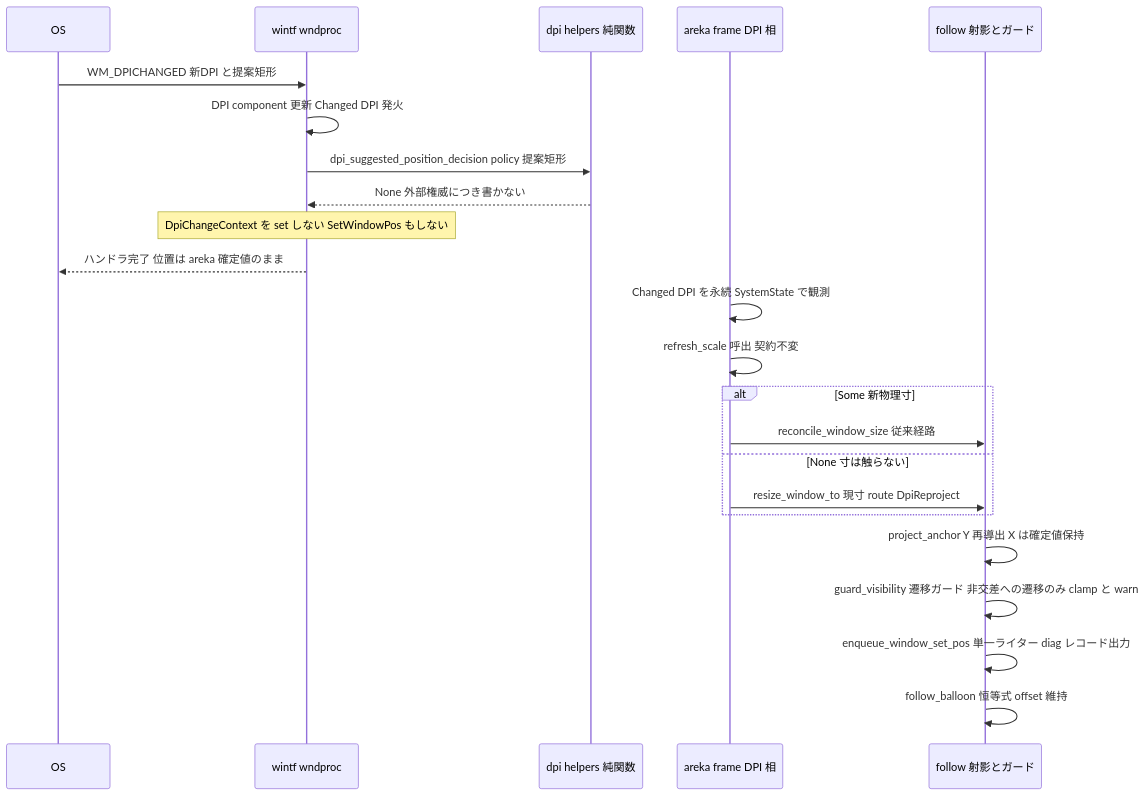
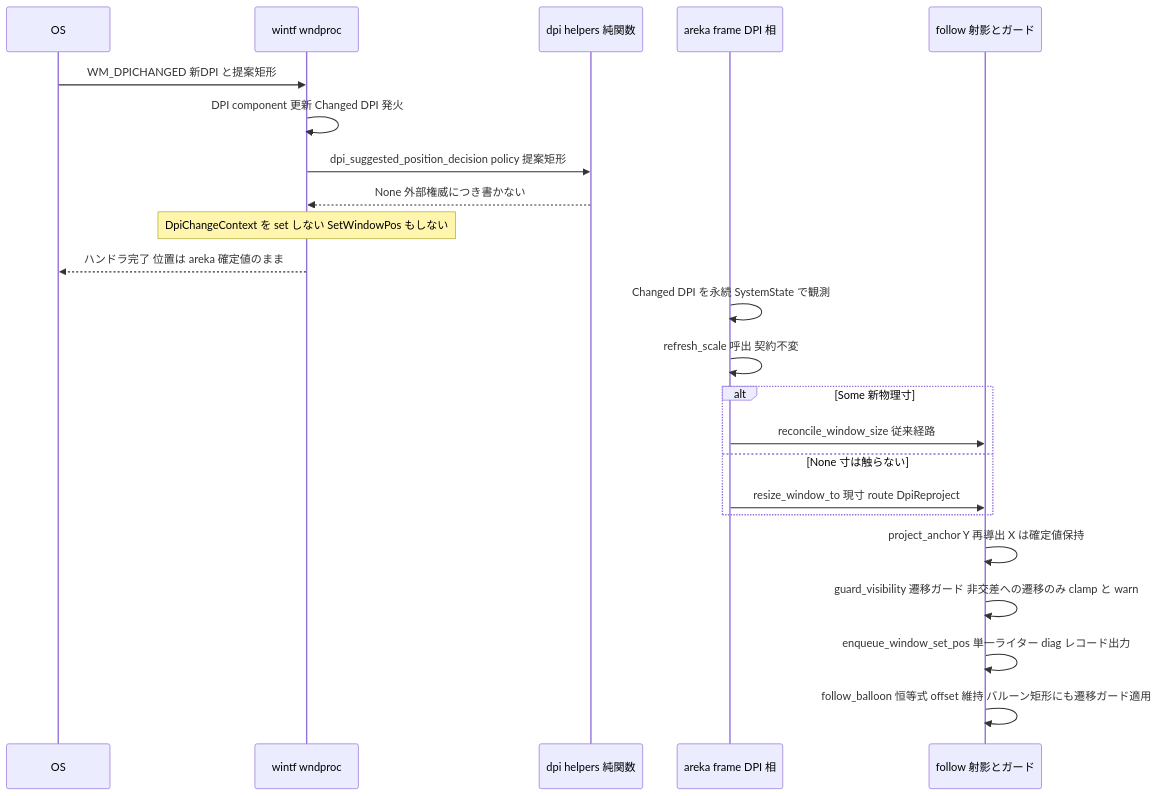
One commit to ekicyou/areka changed the second of 3 diagrams in .kiro/specs/areka-P0-dpi-window-vanish/design.md. Above: the diagram before and after it, drawn with Mermaid. The commit also changed other lines of this file, not shown here.

Commit message:
docs(areka-P0-dpi-window-vanish): resolve design discussion #1 - balloon transition guard (S3' structural fix for Req 3.4)

````diff
--- a/.kiro/specs/areka-P0-dpi-window-vanish/design.md
+++ b/.kiro/specs/areka-P0-dpi-window-vanish/design.md
@@ -163,25 +165,25 @@
 ```mermaid
 sequenceDiagram
     participant OS as OS
     participant WP as wintf wndproc
     participant DH as dpi helpers 純関数
     participant FR as areka frame DPI 相
     participant FO as follow 射影とガード
     OS->>WP: WM_DPICHANGED 新DPI と提案矩形
     WP->>WP: DPI component 更新 Changed DPI 発火
     WP->>DH: dpi_suggested_position_decision policy 提案矩形
     DH-->>WP: None 外部権威につき書かない
     Note over WP: DpiChangeContext を set しない SetWindowPos もしない
     WP-->>OS: ハンドラ完了 位置は areka 確定値のまま
     FR->>FR: Changed DPI を永続 SystemState で観測
     FR->>FR: refresh_scale 呼出 契約不変
     alt Some 新物理寸
         FR->>FO: reconcile_window_size 従来経路
     else None 寸は触らない
         FR->>FO: resize_window_to 現寸 route DpiReproject
     end
     FO->>FO: project_anchor Y 再導出 X は確定値保持
     FO->>FO: guard_visibility 遷移ガード 非交差への遷移のみ clamp と warn
     FO->>FO: enqueue_window_set_pos 単一ライター diag レコード出力
-    FO->>FO: follow_balloon 恒等式 offset 維持
+    FO->>FO: follow_balloon 恒等式 offset 維持 バルーン矩形にも遷移ガード適用
 ```
````
